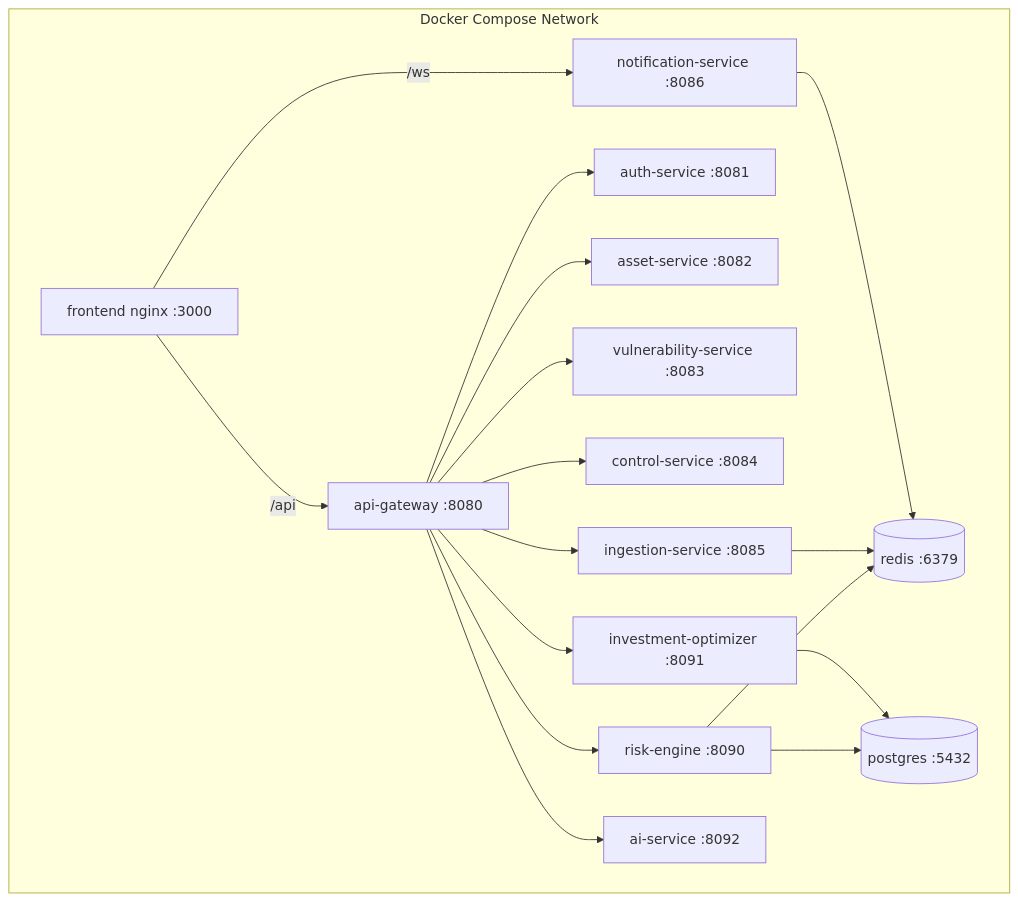
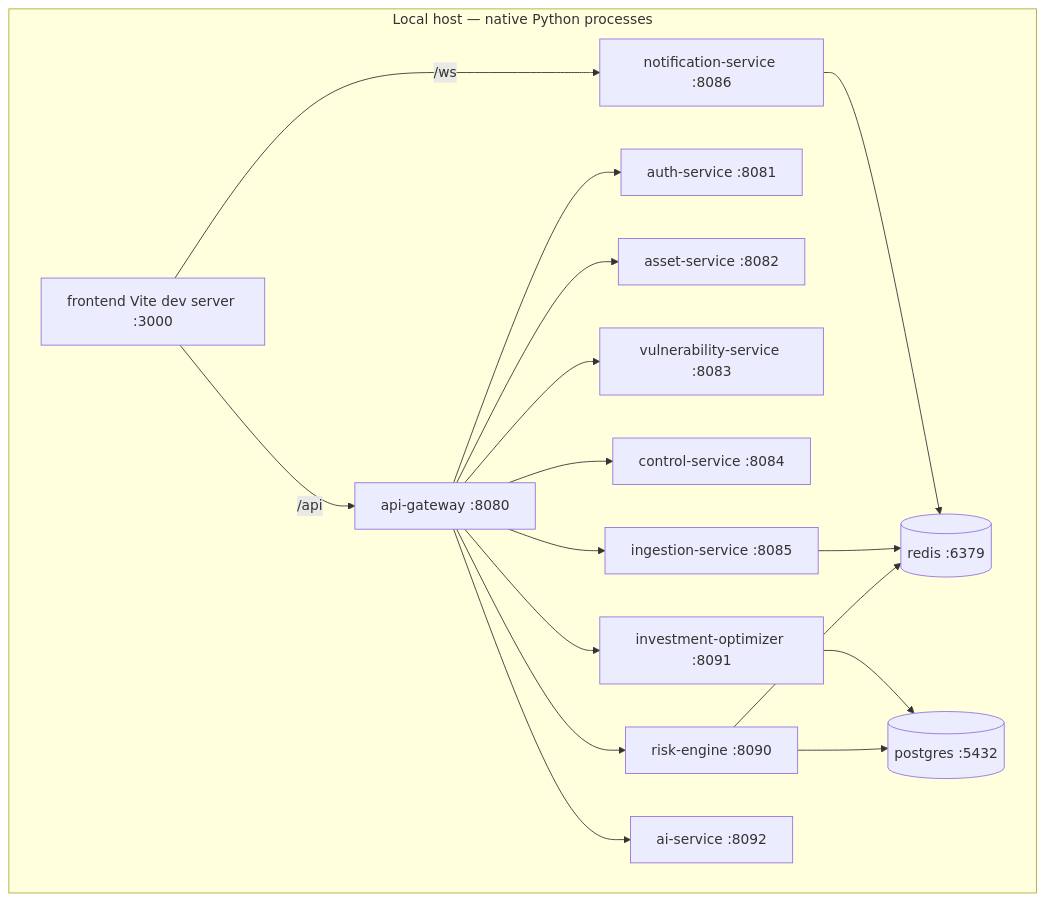
One commit to karneish/Cybersecurity-in-Finance changed the third of 3 diagrams in architecture.md. Above: the diagram before and after it, drawn with Mermaid. The commit also changed other lines of this file and 16 other files, not shown here.

````diff
--- a/architecture.md
+++ b/architecture.md
@@ -1368,34 +1376,34 @@
 ```mermaid
 flowchart TD
-    subgraph Cluster["Docker Compose Network"]
-        FE["frontend nginx :3000"]
+    subgraph Cluster["Local host — native Python processes"]
+        FE["frontend Vite dev server :3000"]
         GW["api-gateway :8080"]
         ING["ingestion-service :8085"]
         AUTH["auth-service :8081"]
         ASSET["asset-service :8082"]
         VULN["vulnerability-service :8083"]
         CTRL["control-service :8084"]
         RISK["risk-engine :8090"]
         OPT["investment-optimizer :8091"]
         AI["ai-service :8092"]
         NOTIF["notification-service :8086"]
         REDIS[("redis :6379")]
         PG[("postgres :5432")]
     end
 
     FE -->|"/api"| GW
     FE -->|"/ws"| NOTIF
     GW --> AUTH
     GW --> ASSET
     GW --> VULN
     GW --> CTRL
     GW --> ING
     GW --> RISK
     GW --> OPT
     GW --> AI
     RISK --> REDIS
     RISK --> PG
     OPT --> PG
     ING --> REDIS
     NOTIF --> REDIS
 ```
````
